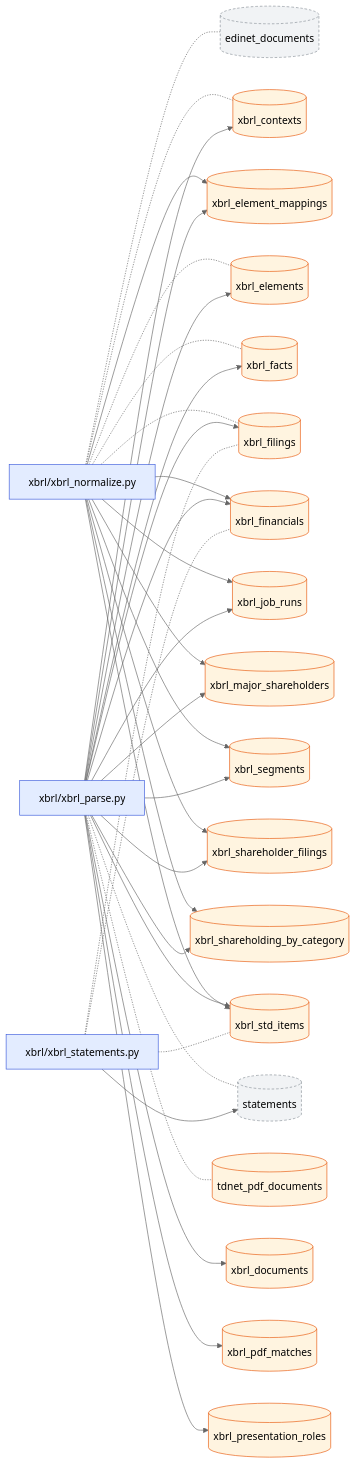
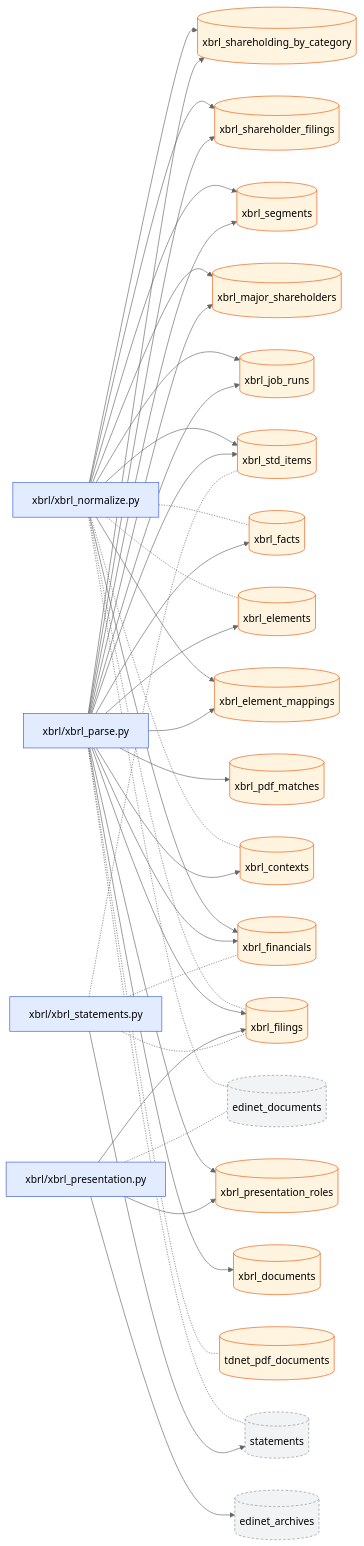
The first of 2 diagrams in docs/dataflow/xbrl.md (pekumirui/stock-analyzer), drawn with Mermaid (neutral theme) before and after one commit. The commit also changed other lines of this file and 12 other files, not shown here.

````diff
--- a/docs/dataflow/xbrl.md
+++ b/docs/dataflow/xbrl.md
@@ -9,62 +9,68 @@
 ```mermaid
 flowchart LR
   n0["xbrl/xbrl_normalize.py"]:::job
   n1["xbrl/xbrl_parse.py"]:::job
-  n2["xbrl/xbrl_statements.py"]:::job
-  n3[("edinet_documents")]:::ext
-  n4[("statements")]:::ext
-  n5[("tdnet_pdf_documents")]:::tbl
-  n6[("xbrl_contexts")]:::tbl
-  n7[("xbrl_documents")]:::tbl
-  n8[("xbrl_element_mappings")]:::tbl
-  n9[("xbrl_elements")]:::tbl
-  n10[("xbrl_facts")]:::tbl
-  n11[("xbrl_filings")]:::tbl
-  n12[("xbrl_financials")]:::tbl
-  n13[("xbrl_job_runs")]:::tbl
-  n14[("xbrl_major_shareholders")]:::tbl
-  n15[("xbrl_pdf_matches")]:::tbl
-  n16[("xbrl_presentation_roles")]:::tbl
-  n17[("xbrl_segments")]:::tbl
-  n18[("xbrl_shareholder_filings")]:::tbl
-  n19[("xbrl_shareholding_by_category")]:::tbl
-  n20[("xbrl_std_items")]:::tbl
-  n0 -.- n3
-  n0 -.- n6
-  n0 --> n8
-  n0 -.- n9
-  n0 -.- n10
+  n2["xbrl/xbrl_presentation.py"]:::job
+  n3["xbrl/xbrl_statements.py"]:::job
+  n4[("edinet_archives")]:::ext
+  n5[("edinet_documents")]:::ext
+  n6[("statements")]:::ext
+  n7[("tdnet_pdf_documents")]:::tbl
+  n8[("xbrl_contexts")]:::tbl
+  n9[("xbrl_documents")]:::tbl
+  n10[("xbrl_element_mappings")]:::tbl
+  n11[("xbrl_elements")]:::tbl
+  n12[("xbrl_facts")]:::tbl
+  n13[("xbrl_filings")]:::tbl
+  n14[("xbrl_financials")]:::tbl
+  n15[("xbrl_job_runs")]:::tbl
+  n16[("xbrl_major_shareholders")]:::tbl
+  n17[("xbrl_pdf_matches")]:::tbl
+  n18[("xbrl_presentation_roles")]:::tbl
+  n19[("xbrl_segments")]:::tbl
+  n20[("xbrl_shareholder_filings")]:::tbl
+  n21[("xbrl_shareholding_by_category")]:::tbl
+  n22[("xbrl_std_items")]:::tbl
+  n0 -.- n5
+  n0 -.- n8
+  n0 --> n10
   n0 -.- n11
-  n0 --> n12
-  n0 --> n13
+  n0 -.- n12
+  n0 -.- n13
   n0 --> n14
-  n0 --> n17
-  n0 --> n18
+  n0 --> n15
+  n0 --> n16
   n0 --> n19
   n0 --> n20
-  n1 -.- n4
-  n1 -.- n5
-  n1 --> n6
-  n1 --> n7
+  n0 --> n21
+  n0 --> n22
+  n1 -.- n6
+  n1 -.- n7
   n1 --> n8
   n1 --> n9
   n1 --> n10
   n1 --> n11
   n1 --> n12
   n1 --> n13
   n1 --> n14
   n1 --> n15
   n1 --> n16
   n1 --> n17
   n1 --> n18
   n1 --> n19
   n1 --> n20
+  n1 --> n21
+  n1 --> n22
   n2 --> n4
-  n2 -.- n11
-  n2 -.- n12
-  n2 -.- n20
+  n2 -.- n5
+  n2 --> n13
+  n2 --> n18
+  n3 --> n6
+  n3 -.- n13
+  n3 -.- n14
+  n3 -.- n22
   classDef job fill:#e3ecff,stroke:#3b5bdb
   classDef api fill:#e6f7ec,stroke:#2b8a3e
   classDef tbl fill:#fff4e0,stroke:#e8590c
   classDef ext fill:#f1f3f5,stroke:#868e96,stroke-dasharray:4 3
 ```
````
